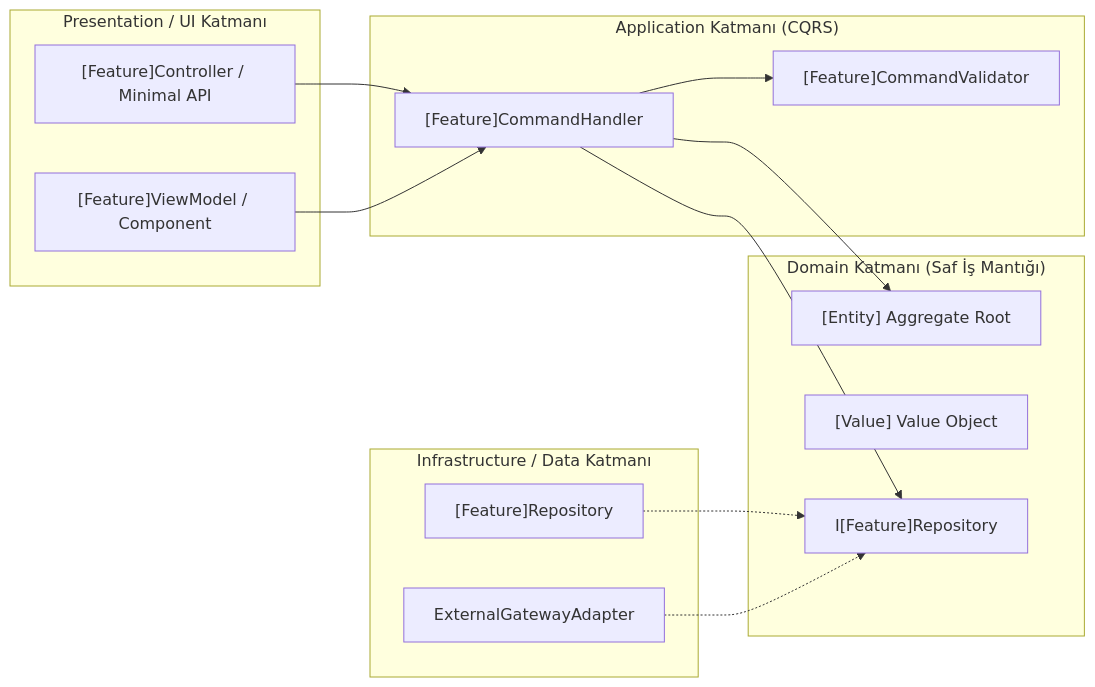
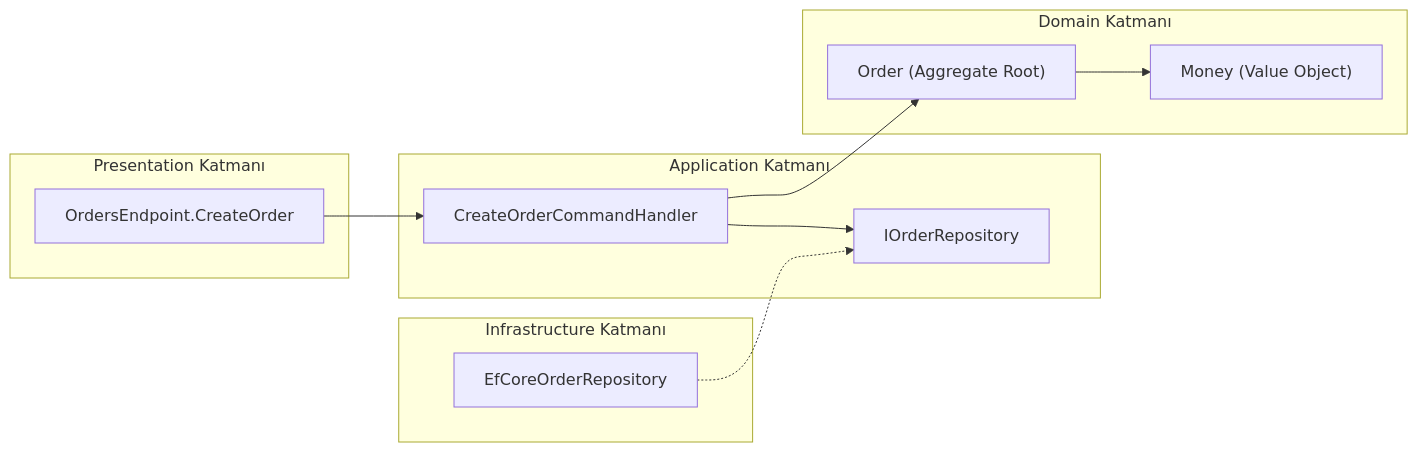
The first of 2 diagrams in skills/pre-pr-readiness/templates/walkthrough-template.md (aparlak88/alps-agy-harness), drawn with Mermaid before and after one commit. The commit also changed other lines of this file and 11 other files, not shown here.

````diff
--- a/skills/pre-pr-readiness/templates/walkthrough-template.md
+++ b/skills/pre-pr-readiness/templates/walkthrough-template.md
@@ -20,31 +32,26 @@
 ```mermaid
 flowchart LR
-    subgraph Presentation ["Presentation / UI Katmanı"]
-        Controller["[Feature]Controller / Minimal API"]
-        ViewModel["[Feature]ViewModel / Component"]
+    subgraph Presentation ["Presentation Katmanı"]
+        Endpoint["OrdersEndpoint.CreateOrder"]
     end
 
-    subgraph Application ["Application Katmanı (CQRS)"]
-        Handler["[Feature]CommandHandler"]
-        Validator["[Feature]CommandValidator"]
+    subgraph Application ["Application Katmanı"]
+        Handler["CreateOrderCommandHandler"]
+        Port["IOrderRepository"]
     end
 
-    subgraph Domain ["Domain Katmanı (Saf İş Mantığı)"]
-        Aggregate["[Entity] Aggregate Root"]
-        ValueObj["[Value] Value Object"]
-        Interface["I[Feature]Repository"]
+    subgraph Domain ["Domain Katmanı"]
+        Aggregate["Order (Aggregate Root)"]
+        MoneyVO["Money (Value Object)"]
     end
 
-    subgraph Infrastructure ["Infrastructure / Data Katmanı"]
-        RepoImpl["[Feature]Repository"]
-        Gateway["ExternalGatewayAdapter"]
+    subgraph Infrastructure ["Infrastructure Katmanı"]
+        Repo["EfCoreOrderRepository"]
     end
 
-    Controller --> Handler
-    ViewModel --> Handler
-    Handler --> Validator
+    Endpoint --> Handler
     Handler --> Aggregate
-    Handler --> Interface
-    RepoImpl -.-> Interface
-    Gateway -.-> Interface
+    Aggregate --> MoneyVO
+    Handler --> Port
+    Repo -.-> Port
 ```
````
